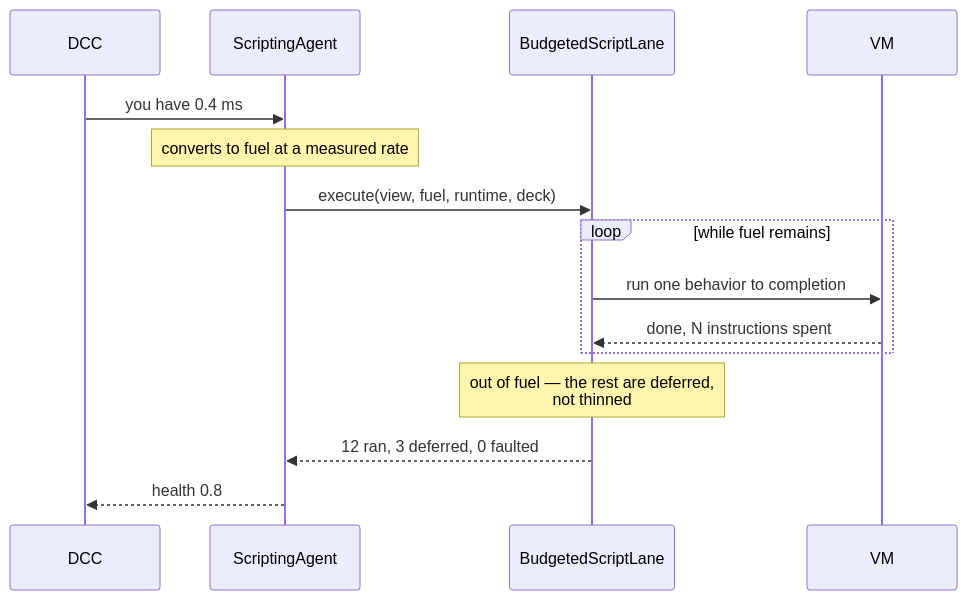
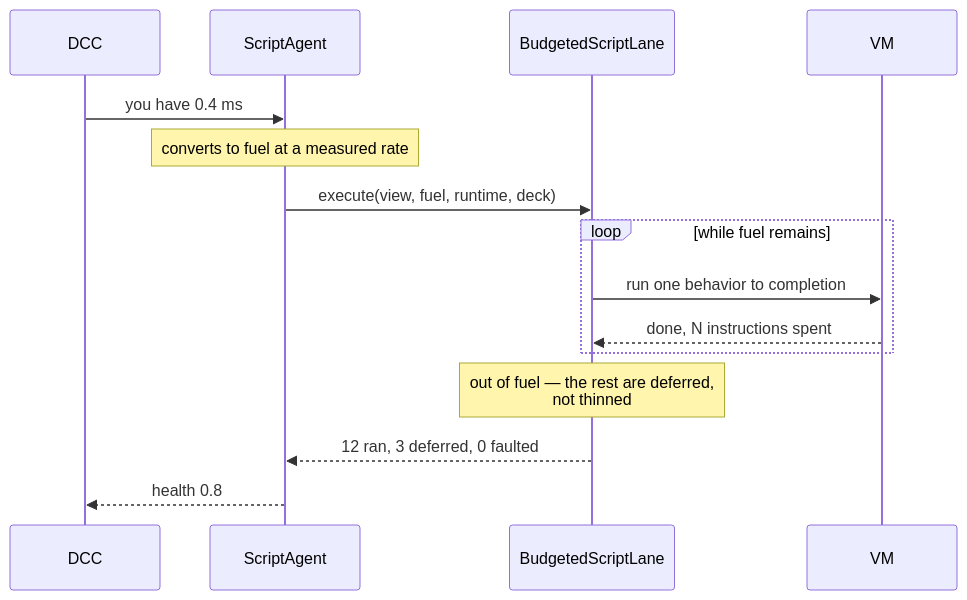
The diagram in docs/src/concepts/scripting.md (eraflo/KhoraEngine), drawn with Mermaid before and after one commit. The commit also changed other lines of this file and 110 other files, not shown here.

````diff
--- a/docs/src/concepts/scripting.md
+++ b/docs/src/concepts/scripting.md
@@ -22,18 +22,18 @@
 ```mermaid
 sequenceDiagram
     participant DCC
-    participant Agent as ScriptingAgent
+    participant Agent as ScriptAgent
     participant Lane as BudgetedScriptLane
     participant VM
 
     DCC->>Agent: you have 0.4 ms
     Note over Agent: converts to fuel at a measured rate
     Agent->>Lane: execute(view, fuel, runtime, deck)
     loop while fuel remains
         Lane->>VM: run one behavior to completion
         VM-->>Lane: done, N instructions spent
     end
     Note over Lane: out of fuel — the rest are deferred,<br/>not thinned
     Lane-->>Agent: 12 ran, 3 deferred, 0 faulted
     Agent-->>DCC: health 0.8
 ```
````
